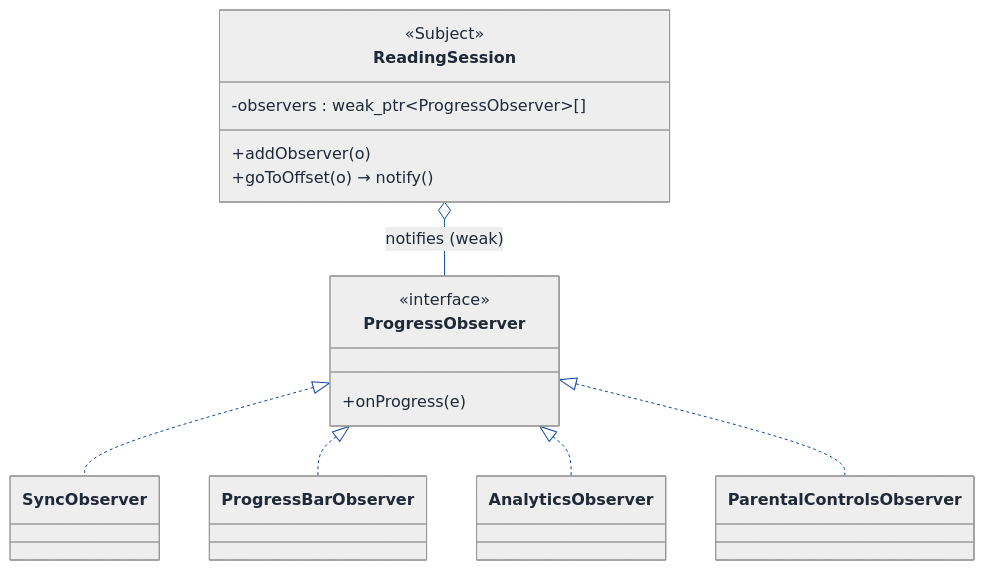
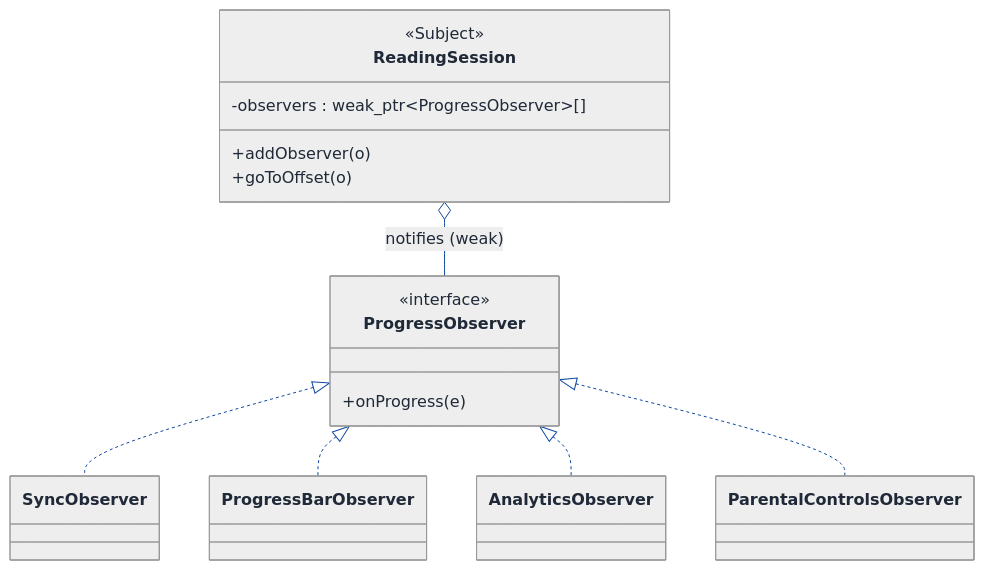
One commit to Prateek-5/question-bank changed the sixth of 9 diagrams in LLD/Topics/Object_Oriented_Design/EBook_Reader.md. Above: the diagram before and after it, drawn with Mermaid. The commit also changed other lines of this file and 61 other files, not shown here.

First line of the commit message:
Fix invalid mermaid classDiagram member syntax across LLD walkthroughs

````diff
--- a/LLD/Topics/Object_Oriented_Design/EBook_Reader.md
+++ b/LLD/Topics/Object_Oriented_Design/EBook_Reader.md
@@ -842,55 +842,55 @@
 ```mermaid
 ---
 config:
   theme: neutral
   themeVariables:
     background: '#ffffff'
     primaryColor: '#cfe2ff'
     primaryTextColor: '#1f2937'
     primaryBorderColor: '#084298'
     secondaryColor: '#fff3cd'
     secondaryTextColor: '#1f2937'
     secondaryBorderColor: '#664d03'
     tertiaryColor: '#d1e7dd'
     tertiaryTextColor: '#1f2937'
     tertiaryBorderColor: '#0a3622'
     lineColor: '#0d47a1'
     textColor: '#1f2937'
     noteBkgColor: '#fff3cd'
     noteTextColor: '#1f2937'
     noteBorderColor: '#997404'
     actorBkg: '#cfe2ff'
     actorBorder: '#084298'
     actorTextColor: '#1f2937'
     signalColor: '#0d47a1'
     signalTextColor: '#1f2937'
     labelBoxBkgColor: '#ffffff'
     labelBoxBorderColor: '#d3d3d3'
     labelTextColor: '#1f2937'
     edgeLabelBackground: '#ffffff'
     labelBackground: '#ffffff'
     classText: '#1f2937'
     fontFamily: 'system-ui, -apple-system, Segoe UI, Helvetica, Arial, sans-serif'
 ---
 classDiagram
   direction TB
   class ReadingSession {
     <<Subject>>
     -observers : weak_ptr~ProgressObserver~[]
     +addObserver(o)
-    +goToOffset(o) → notify()
+    +goToOffset(o)
   }
   class ProgressObserver {
     <<interface>>
     +onProgress(e)
   }
   class SyncObserver
   class ProgressBarObserver
   class AnalyticsObserver
   class ParentalControlsObserver
   ReadingSession o-- ProgressObserver : notifies (weak)
   ProgressObserver <|.. SyncObserver
   ProgressObserver <|.. ProgressBarObserver
   ProgressObserver <|.. AnalyticsObserver
   ProgressObserver <|.. ParentalControlsObserver
 ```
````
